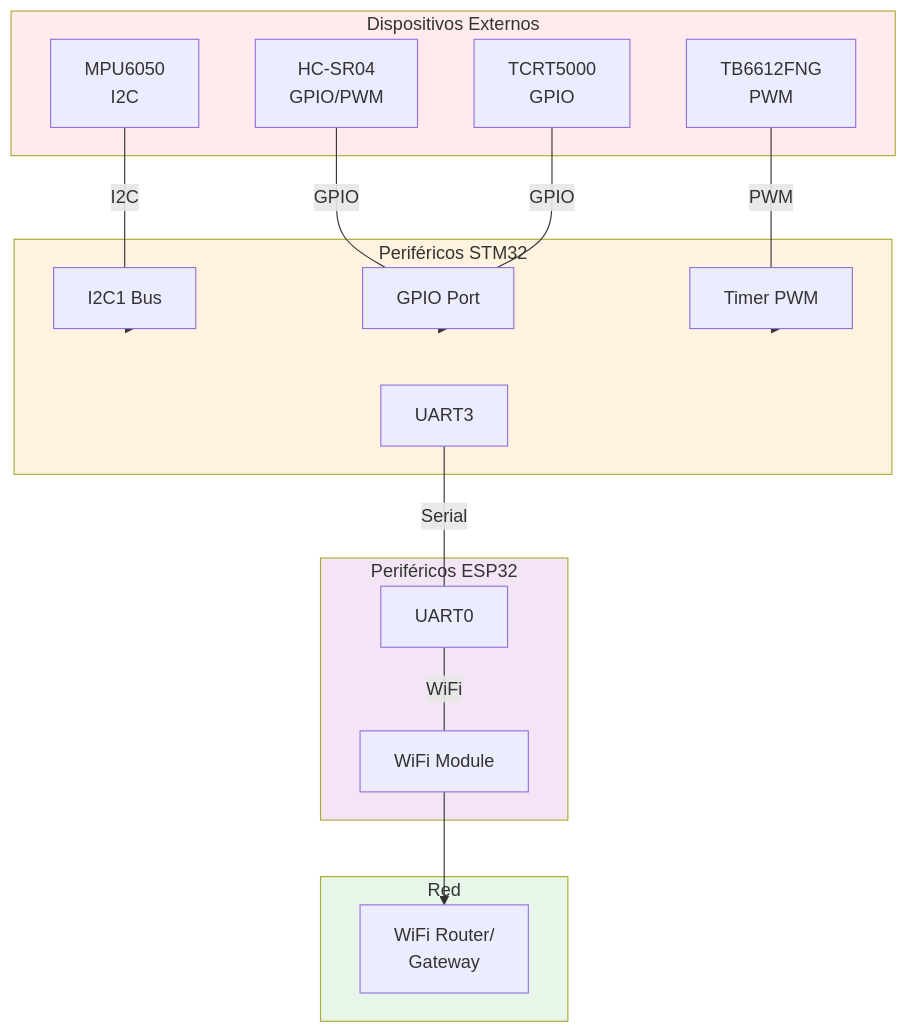
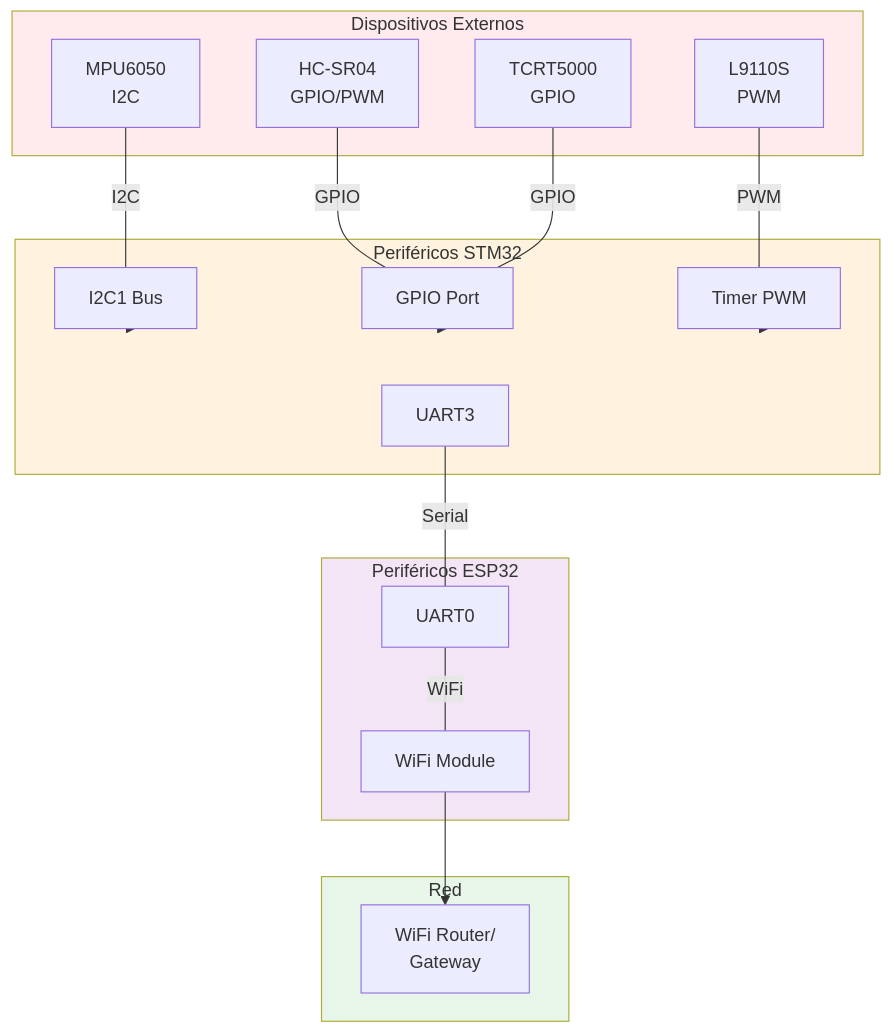
Before and after one commit to fernandodaniele/GenericAutonomousRobot: the fifth of 7 diagrams in Docs/ARCHITECTURE.md, drawn with Mermaid. The commit also changed other lines of this file and 4 other files, not shown here.

````diff
--- a/Docs/ARCHITECTURE.md
+++ b/Docs/ARCHITECTURE.md
@@ -178,43 +178,43 @@
 ```mermaid
 graph TB
     subgraph External["Dispositivos Externos"]
         MPU["MPU6050<br/>I2C"]
         US["HC-SR04<br/>GPIO/PWM"]
         IR["TCRT5000<br/>GPIO"]
-        TIM["TB6612FNG<br/>PWM"]
+        TIM["L9110S<br/>PWM"]
     end
     
     subgraph STM32_Periph["Periféricos STM32"]
         I2C["I2C1 Bus"]
         GPIO["GPIO Port"]
         PWM["Timer PWM"]
         UART["UART3"]
     end
     
     subgraph ESP32_Periph["Periféricos ESP32"]
         UART_ESP["UART0"]
         WiFi["WiFi Module"]
     end
     
     subgraph Network["Red"]
         Router["WiFi Router/<br/>Gateway"]
     end
     
     MPU ---|I2C| I2C
     US ---|GPIO| GPIO
     IR ---|GPIO| GPIO
     TIM ---|PWM| PWM
     
     I2C --> STM32_Periph
     GPIO --> STM32_Periph
     PWM --> STM32_Periph
     
     UART ---|Serial| UART_ESP
     UART_ESP ---|WiFi| WiFi
     WiFi --> Router
     
     style External fill:#ffebee
     style STM32_Periph fill:#fff3e0
     style ESP32_Periph fill:#f3e5f5
     style Network fill:#e8f5e9
 ```
````
